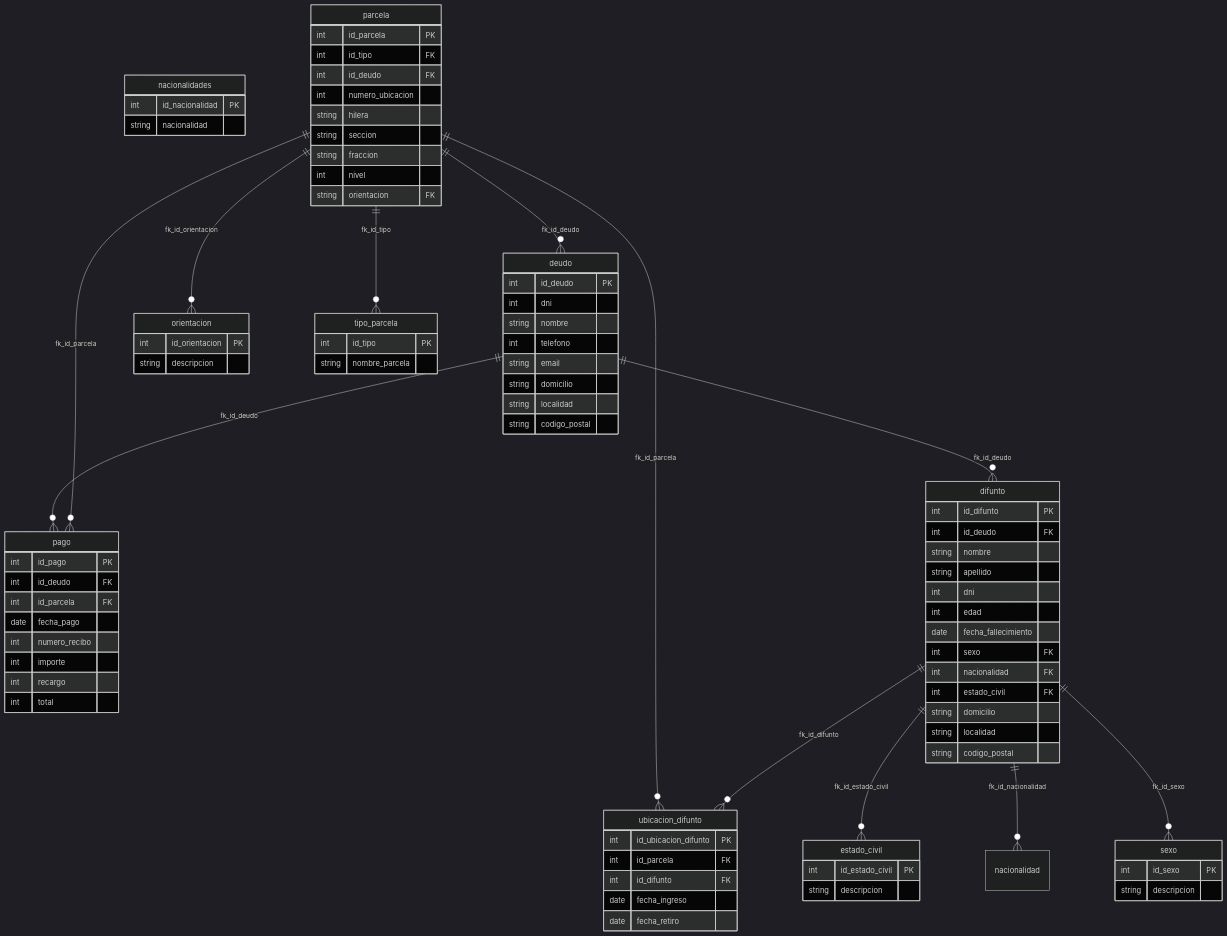
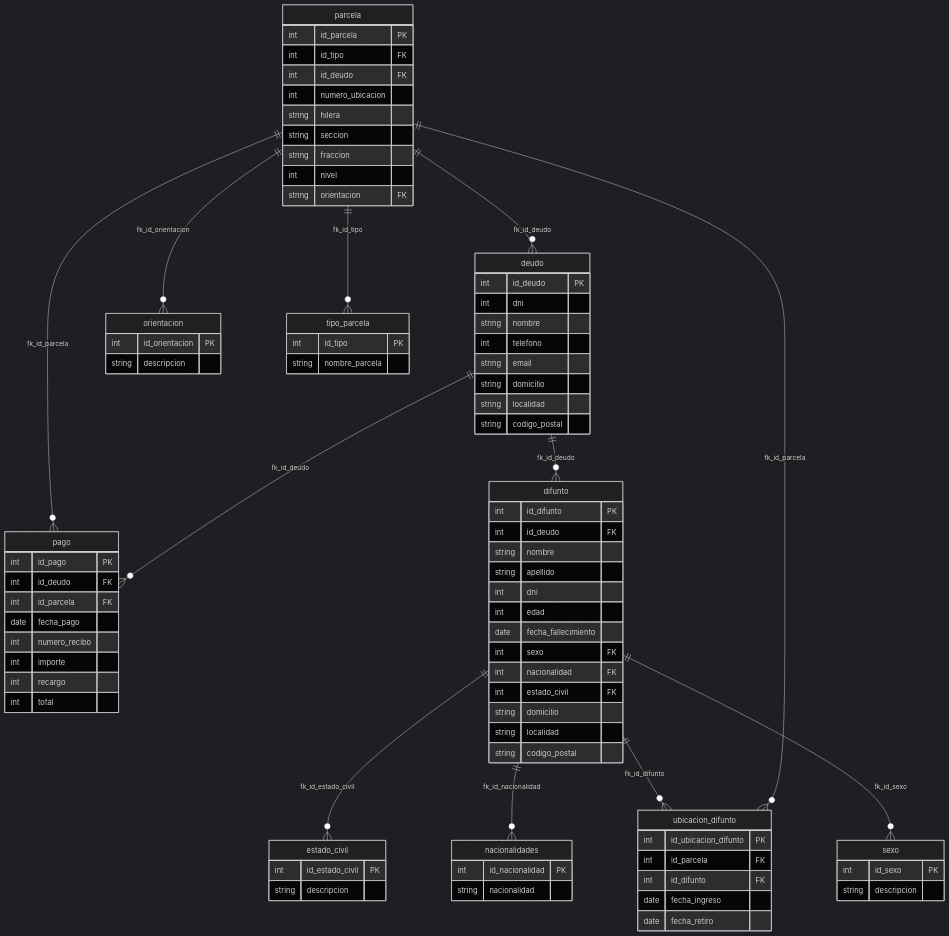
One commit to MSCB-Sistemas/cementerio changed the diagram in README.md. Above: the diagram before and after it, drawn with Mermaid (dark theme).

````diff
--- a/README.md
+++ b/README.md
@@ -115,9 +115,7 @@
     difunto ||--o{ ubicacion_difunto : "fk_id_difunto"
     parcela ||--o{ tipo_parcela : "fk_id_tipo"
     difunto ||--o{ estado_civil : "fk_id_estado_civil"
-    difunto ||--o{ nacionalidad : "fk_id_nacionalidad"
+    difunto ||--o{ nacionalidades : "fk_id_nacionalidad"
     difunto ||--o{ sexo : "fk_id_sexo"
     parcela ||--o{ orientacion : "fk_id_orientacion"
-
-
 ```
````
